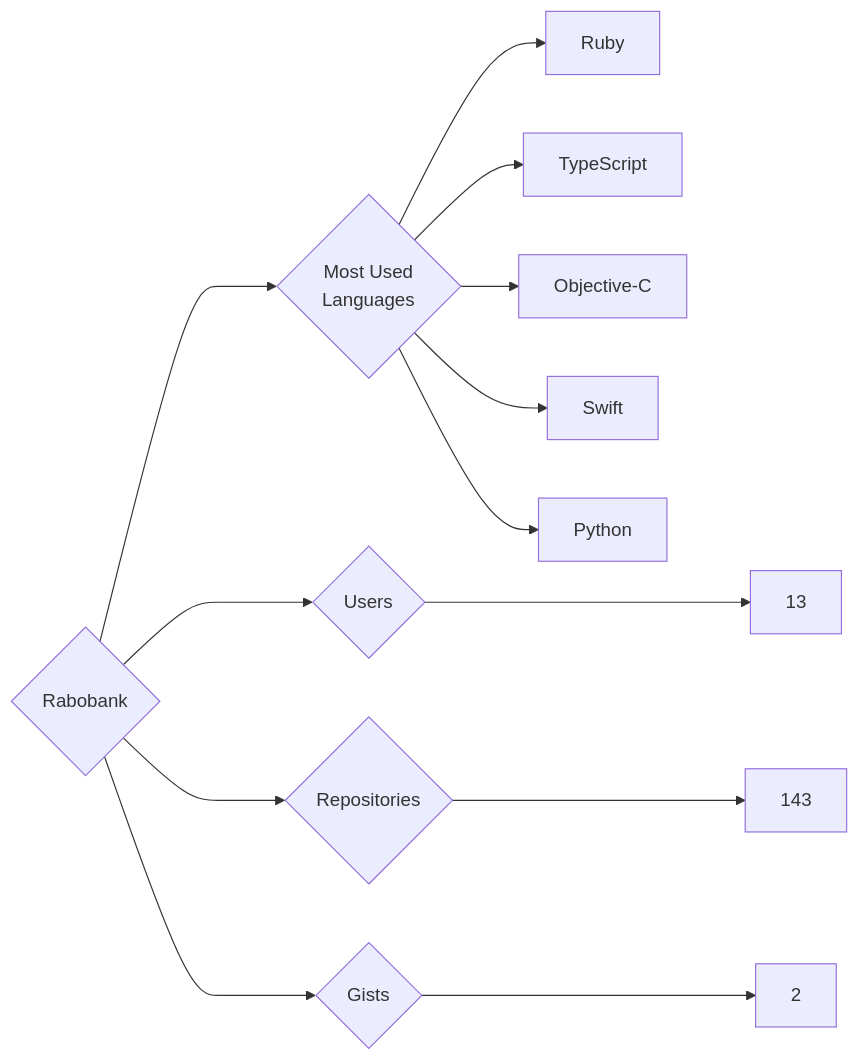
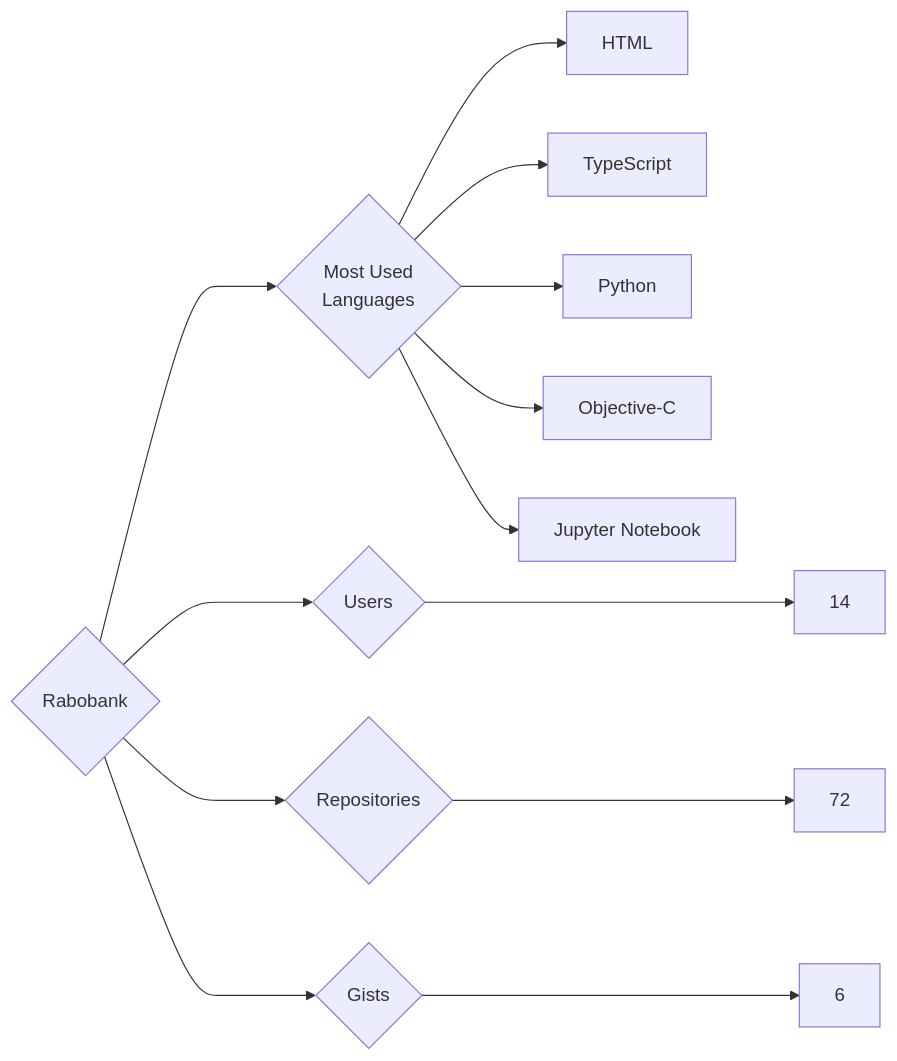
Before and after one commit to trickest/insiders: the diagram in targets/Rabobank/README.md, drawn with Mermaid. The commit also changed 972 other files, not shown here.

````diff
--- a/targets/Rabobank/README.md
+++ b/targets/Rabobank/README.md
@@ -3,13 +3,13 @@
 ```mermaid
 graph LR
 COMPANY_NAME{Rabobank}
-COMPANY_NAME ---> U{Users} ---> UN[13]
-COMPANY_NAME ---> R{Repositories} ---> RN[143]
-COMPANY_NAME ---> G{Gists} ---> GN[2]
+COMPANY_NAME ---> U{Users} ---> UN[14]
+COMPANY_NAME ---> R{Repositories} ---> RN[72]
+COMPANY_NAME ---> G{Gists} ---> GN[6]
 COMPANY_NAME ---> ML{Most Used<br>Languages}
-ML --> Ruby[Ruby]
+ML --> HTML[HTML]
 ML --> TypeScript[TypeScript]
+ML --> Python[Python]
 ML --> Objective-C[Objective-C]
-ML --> Swift[Swift]
-ML --> Python[Python]
+ML --> Jupyter_Notebook[Jupyter Notebook]
 ```
````
